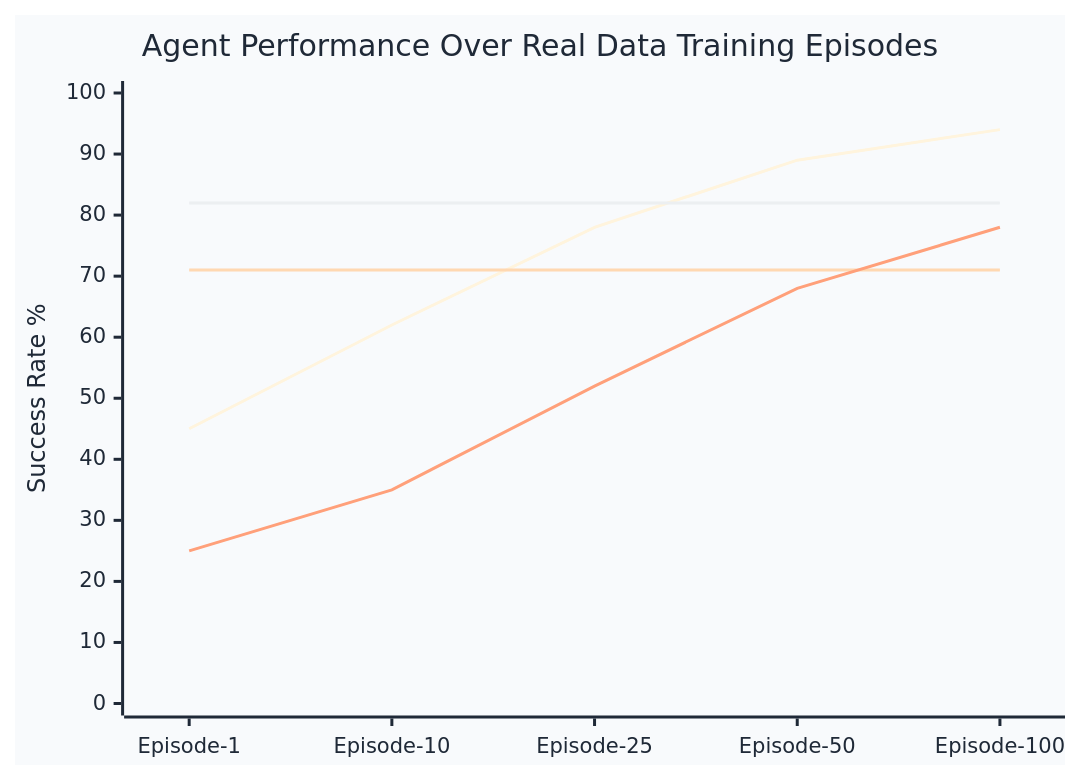
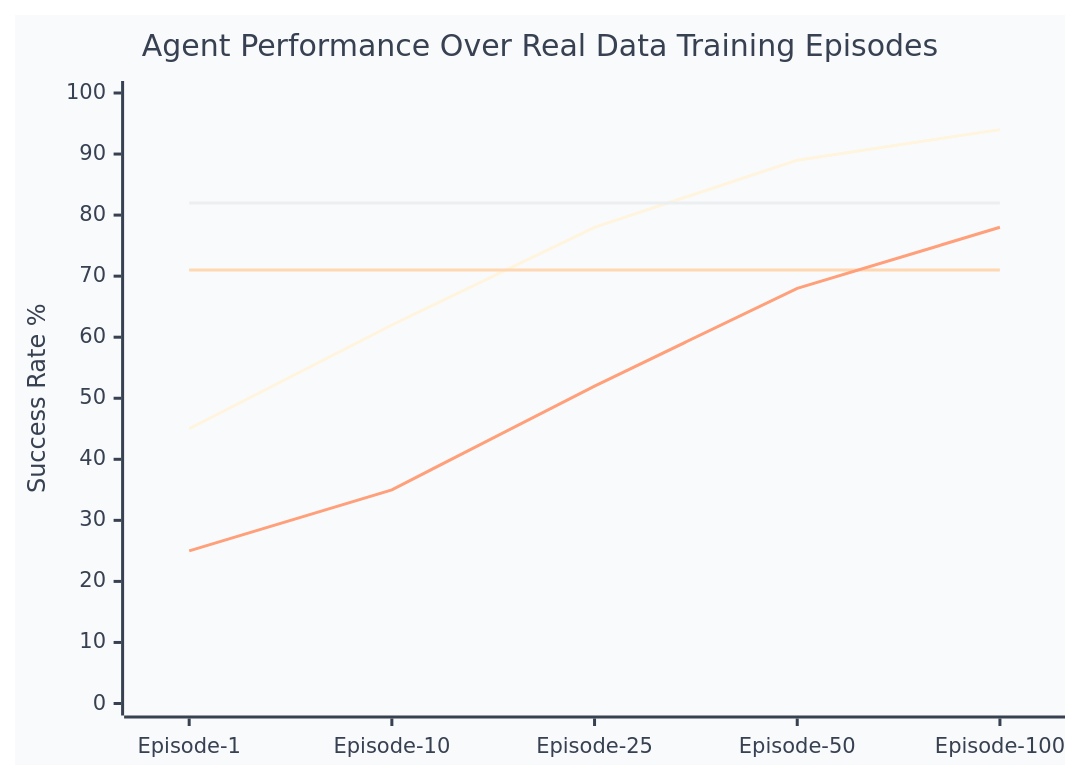
Before and after one commit to abhijit-ubale/JBL_stuff: the seventh of 8 diagrams in README.md, drawn with Mermaid. The commit also changed other lines of this file and 1 other file, not shown here.

````diff
--- a/README.md
+++ b/README.md
@@ -1208,20 +1200,20 @@
 ```mermaid
 %%{init: {
   'theme': 'base',
   'themeVariables': {
-    'primaryColor': '#3B82F6',
-    'primaryTextColor': '#1F2937',
-    'lineColor': '#6366F1',
-    'background': '#F8FAFC',
+    'primaryColor': '#1E3A8A',
+    'primaryTextColor': '#374151',
+    'lineColor': '#065F46',
+    'background': '#F9FAFB',
     'mainBkg': '#FFFFFF'
   }
 }}%%
 xychart-beta
     title "Agent Performance Over Real Data Training Episodes"
     x-axis [Episode-1, Episode-10, Episode-25, Episode-50, Episode-100]
     y-axis "Success Rate %" 0 --> 100
     line "🧠 CRL Agent" [45, 62, 78, 89, 94]
     line "📊 Deterministic" [71, 71, 71, 71, 71]  
     line "⚡ Pure RL" [25, 35, 52, 68, 78]
     line "💡 Causal Heuristic" [82, 82, 82, 82, 82]
 ```
````
